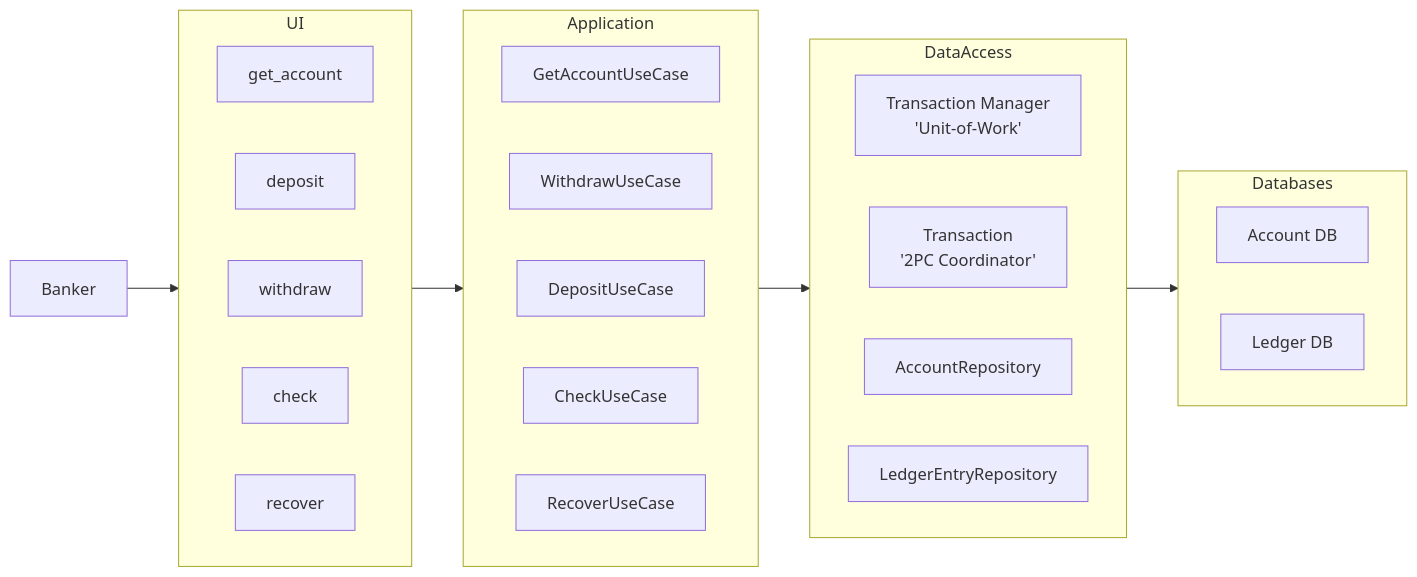
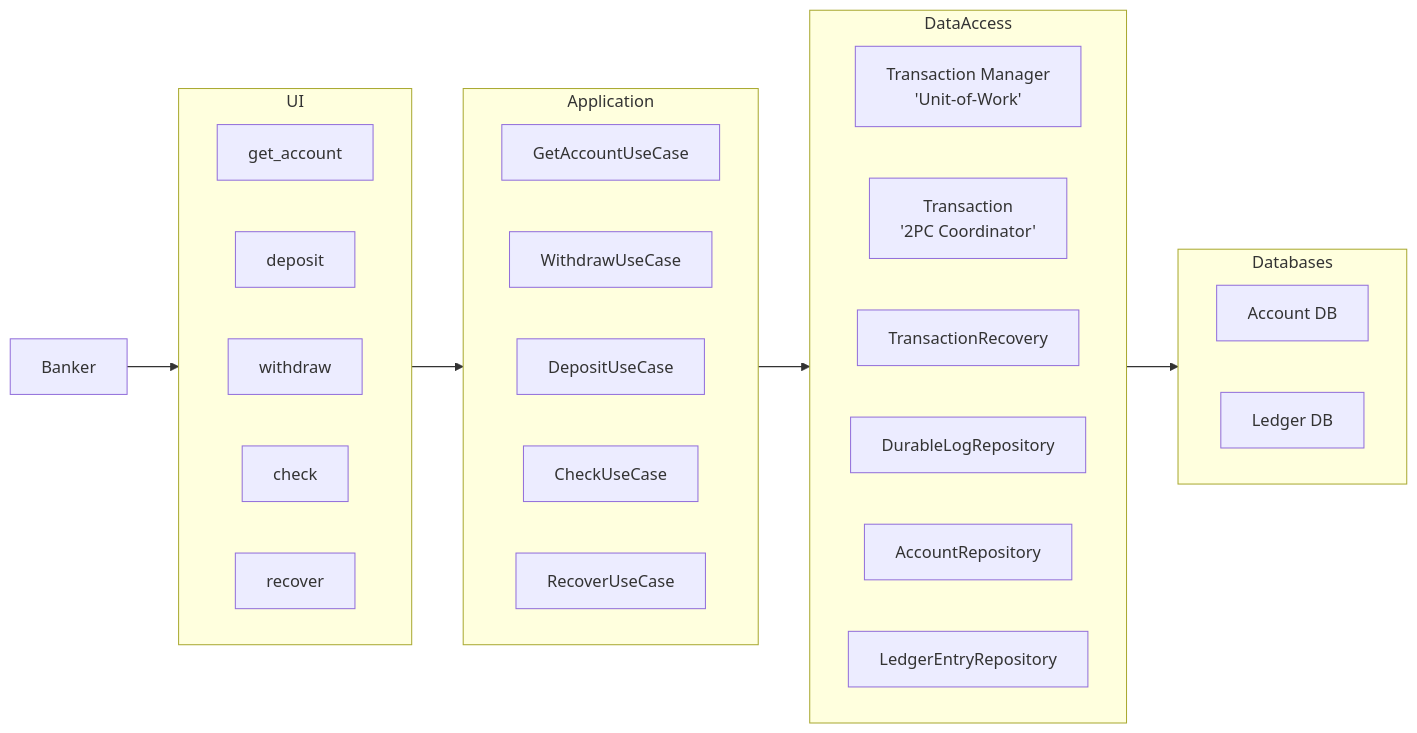
One commit to Paymvi/Multi-Database changed the fourth of 6 diagrams in doc/design.md. Above: the diagram before and after it, drawn with Mermaid. The commit also changed other lines of this file and 1 other file, not shown here.

Commit message:
Updated the components in design.md and added docker-compose.yml for the database deployments.

````diff
--- a/doc/design.md
+++ b/doc/design.md
@@ -135,39 +135,42 @@
 ```mermaid
 flowchart LR
 
     User["Banker"]
 
     subgraph UI
         direction LR
         cli_get[get_account]
         cli_deposit[deposit]
         cli_withdraw[withdraw]
         cli_check[check]
         cli_recover[recover]
     end
 
     subgraph Application
         direction LR
         case_get_account[GetAccountUseCase]
         case_withdraw[WithdrawUseCase]
         case_deposit[DepositUseCase]
         case_check[CheckUseCase]
         case_recover[RecoverUseCase]
     end
 
     subgraph DataAccess
         direction LR
         TM[Transaction Manager <br/> 'Unit-of-Work'] 
         TX[Transaction <br/> '2PC Coordinator']
+        TR[TransactionRecovery]
+        DL[DurableLogRepository]
         AccountRepository
         LedgerEntryRepository
+
     end
 
     subgraph Databases
         direction LR
         db_account[Account DB]
         db_ledger[Ledger DB]
     end
 
     User --> UI --> Application --> DataAccess --> Databases
 ```
````
